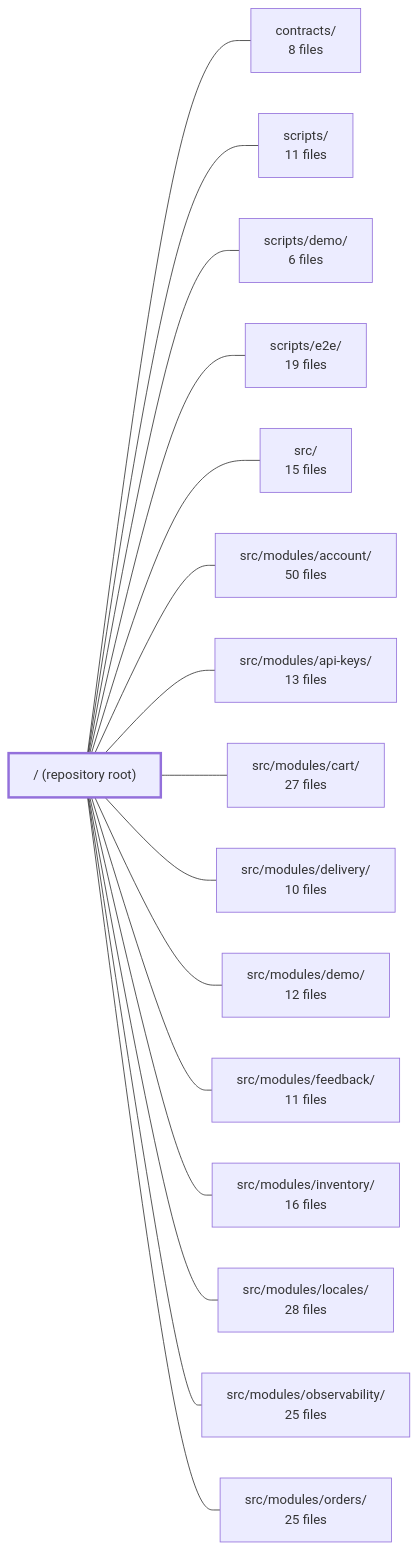
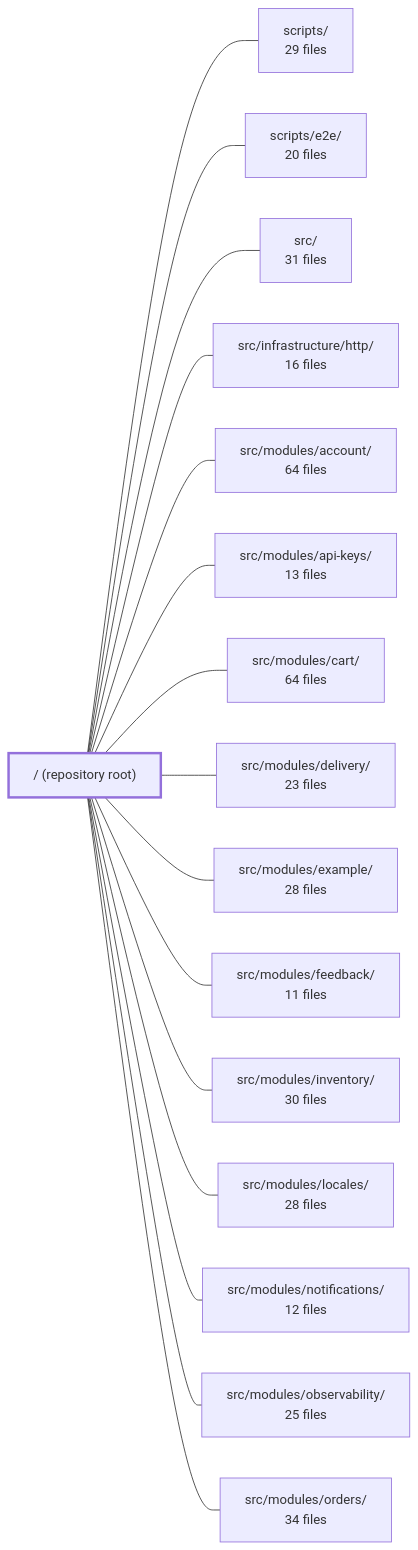
Before and after one commit to Guebbit/boilerplate-vue-frontend: the diagram in .2brain/modules/boilerplate-vue-frontend_ROOT.md, drawn with Mermaid. The commit also changed other lines of this file and 960 other files, not shown here.

````diff
--- a/.2brain/modules/boilerplate-vue-frontend_ROOT.md
+++ b/.2brain/modules/boilerplate-vue-frontend_ROOT.md
@@ -40,35 +40,35 @@
 ```mermaid
 flowchart LR
     m_root["/ (repository root)"]
-    m_contracts["contracts/<br/>8 files"]
-    m_scripts["scripts/<br/>11 files"]
-    m_scripts_demo["scripts/demo/<br/>6 files"]
-    m_scripts_e2e["scripts/e2e/<br/>19 files"]
-    m_src["src/<br/>15 files"]
-    m_src_modules_account["src/modules/account/<br/>50 files"]
+    m_scripts["scripts/<br/>29 files"]
+    m_scripts_e2e["scripts/e2e/<br/>20 files"]
+    m_src["src/<br/>31 files"]
+    m_src_infrastructure_http["src/infrastructure/http/<br/>16 files"]
+    m_src_modules_account["src/modules/account/<br/>64 files"]
     m_src_modules_api_keys["src/modules/api-keys/<br/>13 files"]
-    m_src_modules_cart["src/modules/cart/<br/>27 files"]
-    m_src_modules_delivery["src/modules/delivery/<br/>10 files"]
-    m_src_modules_demo["src/modules/demo/<br/>12 files"]
+    m_src_modules_cart["src/modules/cart/<br/>64 files"]
+    m_src_modules_delivery["src/modules/delivery/<br/>23 files"]
+    m_src_modules_example["src/modules/example/<br/>28 files"]
     m_src_modules_feedback["src/modules/feedback/<br/>11 files"]
-    m_src_modules_inventory["src/modules/inventory/<br/>16 files"]
+    m_src_modules_inventory["src/modules/inventory/<br/>30 files"]
     m_src_modules_locales["src/modules/locales/<br/>28 files"]
+    m_src_modules_notifications["src/modules/notifications/<br/>12 files"]
     m_src_modules_observability["src/modules/observability/<br/>25 files"]
-    m_src_modules_orders["src/modules/orders/<br/>25 files"]
-    m_root --- m_contracts
+    m_src_modules_orders["src/modules/orders/<br/>34 files"]
     m_root --- m_scripts
-    m_root --- m_scripts_demo
     m_root --- m_scripts_e2e
     m_root --- m_src
+    m_root --- m_src_infrastructure_http
     m_root --- m_src_modules_account
     m_root --- m_src_modules_api_keys
     m_root --- m_src_modules_cart
     m_root --- m_src_modules_delivery
-    m_root --- m_src_modules_demo
+    m_root --- m_src_modules_example
     m_root --- m_src_modules_feedback
     m_root --- m_src_modules_inventory
     m_root --- m_src_modules_locales
+    m_root --- m_src_modules_notifications
     m_root --- m_src_modules_observability
     m_root --- m_src_modules_orders
     style m_root stroke-width:3px
 ```
````
